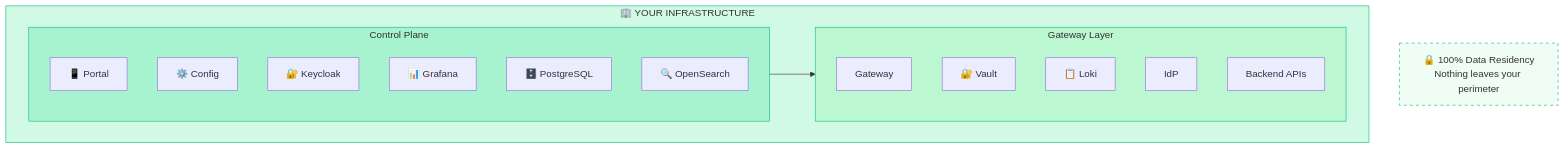
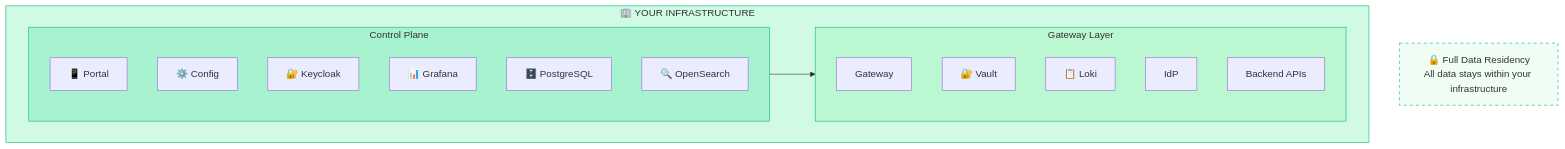
The second of 4 diagrams in docs/deployment/hybrid.md (stoa-platform/stoa-docs), drawn with Mermaid before and after one commit. The commit also changed other lines of this file and 24 other files, not shown here.

````diff
--- a/docs/deployment/hybrid.md
+++ b/docs/deployment/hybrid.md
@@ -105,30 +105,30 @@
 ```mermaid
 flowchart TB
     subgraph Infra["🏢 YOUR INFRASTRUCTURE"]
         subgraph CPL["Control Plane"]
             Portal["📱 Portal"]
             Config["⚙️ Config"]
             KC["🔐 Keycloak"]
             Grafana["📊 Grafana"]
             PG["🗄️ PostgreSQL"]
             OS["🔍 OpenSearch"]
         end
 
         subgraph GWL["Gateway Layer"]
             GW["Gateway"]
             Vault["🔐 Vault"]
             Loki["📋 Loki"]
             IdP["IdP"]
             APIs["Backend APIs"]
         end
 
         CPL --> GWL
     end
 
-    Note["🔒 100% Data Residency<br/>Nothing leaves your perimeter"]
+    Note["🔒 Full Data Residency<br/>All data stays within your infrastructure"]
 
     style Infra fill:#d1fae5,stroke:#10b981
     style CPL fill:#a7f3d0,stroke:#10b981
     style GWL fill:#bbf7d0,stroke:#10b981
     style Note fill:#f0fdf4,stroke:#10b981,stroke-dasharray: 5 5
 ```
````
